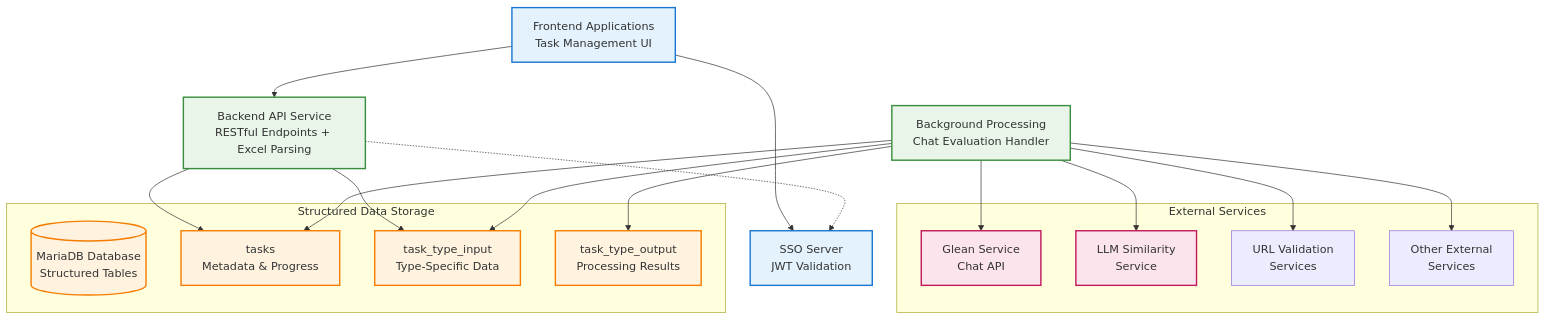
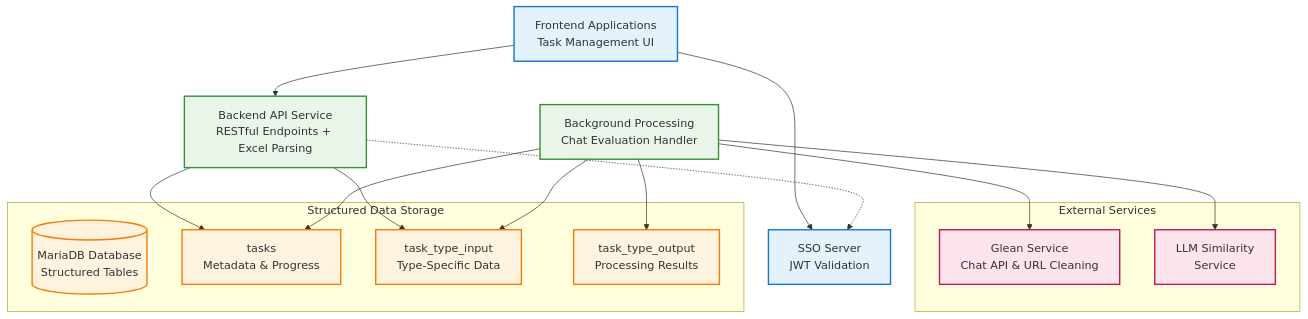
The first of 3 diagrams in docs/README.md (andrewhzy/SpringHttpClientDataJpaDemo), drawn with Mermaid before and after one commit. The commit also changed other lines of this file and 2 other files, not shown here.

First line of the commit message:
Enhance API specification and documentation for task types

````diff
--- a/docs/README.md
+++ b/docs/README.md
@@ -100,51 +100,47 @@
 ```mermaid
 graph TB
     %% User Interface Layer
     FE[Frontend Applications<br/>Task Management UI]
     SSO[SSO Server<br/>JWT Validation]
     
     %% Core Services
     API[Backend API Service<br/>RESTful Endpoints + Excel Parsing]
     BGP[Background Processing<br/>Chat Evaluation Handler]
     
     %% External Services
     subgraph "External Services"
-        Glean[Glean Service<br/>Chat API]
+        Glean[Glean Service<br/>Chat API & URL Cleaning]
         LLM[LLM Similarity<br/>Service]
-        URLSvc[URL Validation<br/>Services]
-        Other[Other External<br/>Services]
     end
     
     %% Data Layer - Structured Storage
     subgraph "Structured Data Storage"
         DB[(MariaDB Database<br/>Structured Tables)]
         TasksTable[tasks<br/>Metadata & Progress]
         TaskInput[task_type_input<br/>Type-Specific Data]
         TaskOutput[task_type_output<br/>Processing Results]
     end
     
     %% High-level connections
     FE --> API
     FE --> SSO
     API -.-> SSO
     API --> TasksTable
     API --> TaskInput
     BGP --> TasksTable
     BGP --> TaskInput
     BGP --> TaskOutput
     BGP --> Glean
     BGP --> LLM
-    BGP --> URLSvc
-    BGP --> Other
     
     %% Styling
     classDef frontend fill:#e3f2fd,stroke:#1976d2,stroke-width:2px
     classDef backend fill:#e8f5e8,stroke:#388e3c,stroke-width:2px
     classDef external fill:#fce4ec,stroke:#c2185b,stroke-width:2px
     classDef database fill:#fff3e0,stroke:#f57c00,stroke-width:2px
     
     class FE,SSO frontend
     class API,BGP backend
     class Glean,LLM external
     class DB,TasksTable,TaskInput,TaskOutput database
 ```
````
